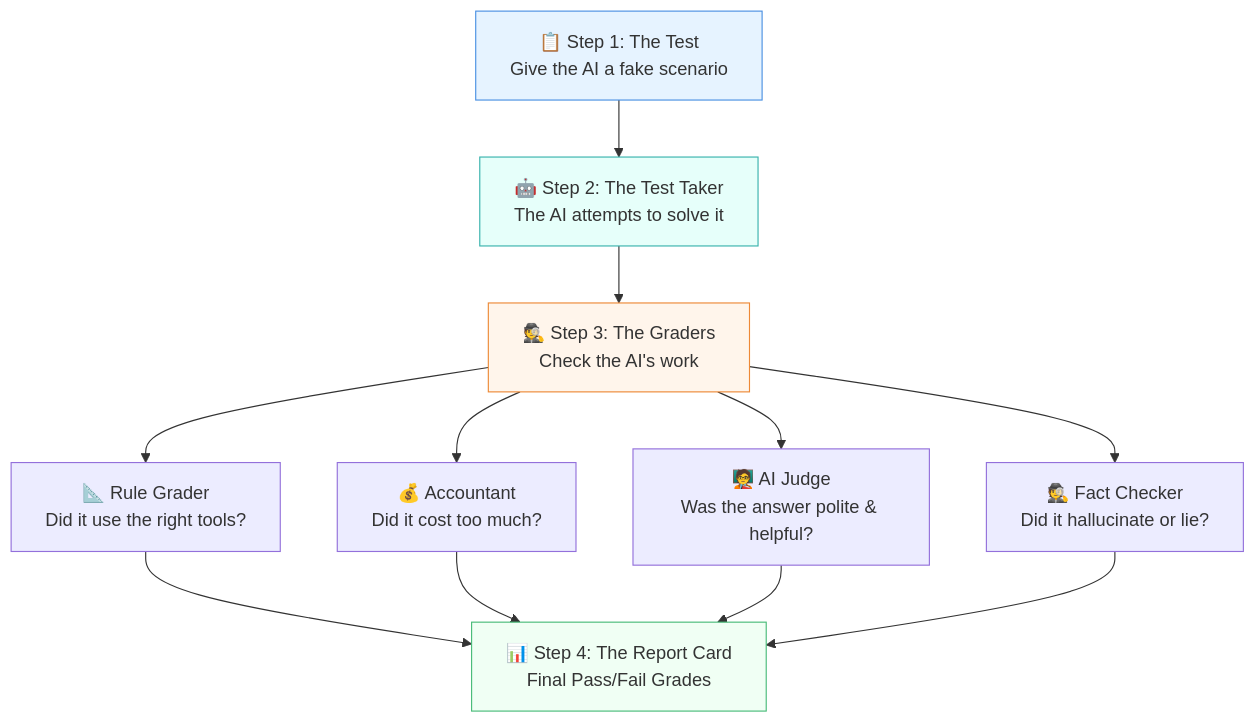
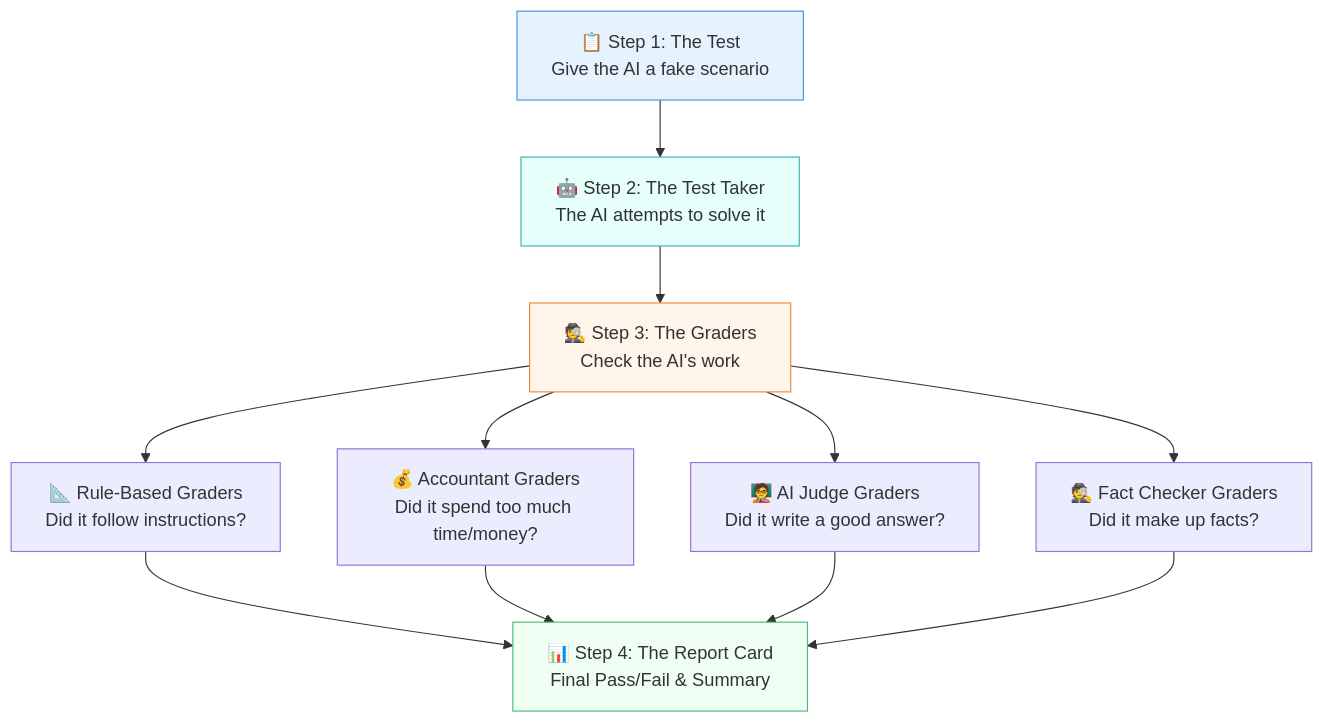
Before and after one commit to vdonthireddy/evals-framework: the second of 6 diagrams in evals_framework_laymans_guide.md, drawn with Mermaid. The commit also changed other lines of this file, not shown here.

Commit message:
Update Layman's guide with detailed architecture, components, and diagrams

````diff
--- a/evals_framework_laymans_guide.md
+++ b/evals_framework_laymans_guide.md
@@ -66,20 +71,20 @@
 ```mermaid
 graph TD
     A[📋 Step 1: The Test<br>Give the AI a fake scenario] --> B[🤖 Step 2: The Test Taker<br>The AI attempts to solve it]
     B --> C[🕵️ Step 3: The Graders<br>Check the AI's work]
     
-    C --> D[📐 Rule Grader<br>Did it use the right tools?]
-    C --> E[💰 Accountant<br>Did it cost too much?]
-    C --> F[🧑‍🏫 AI Judge<br>Was the answer polite & helpful?]
-    C --> G[🕵️ Fact Checker<br>Did it hallucinate or lie?]
+    C --> D[📐 Rule-Based Graders<br>Did it follow instructions?]
+    C --> E[💰 Accountant Graders<br>Did it spend too much time/money?]
+    C --> F[🧑‍🏫 AI Judge Graders<br>Did it write a good answer?]
+    C --> G[🕵️ Fact Checker Graders<br>Did it make up facts?]
     
-    D --> H[📊 Step 4: The Report Card<br>Final Pass/Fail Grades]
+    D --> H[📊 Step 4: The Report Card<br>Final Pass/Fail & Summary]
     E --> H
     F --> H
     G --> H
     
     style A fill:#e6f3ff,stroke:#4a90e2
     style B fill:#e6fffa,stroke:#38b2ac
     style C fill:#fff5eb,stroke:#ed8936
     style H fill:#f0fff4,stroke:#48bb78
 ```
````
